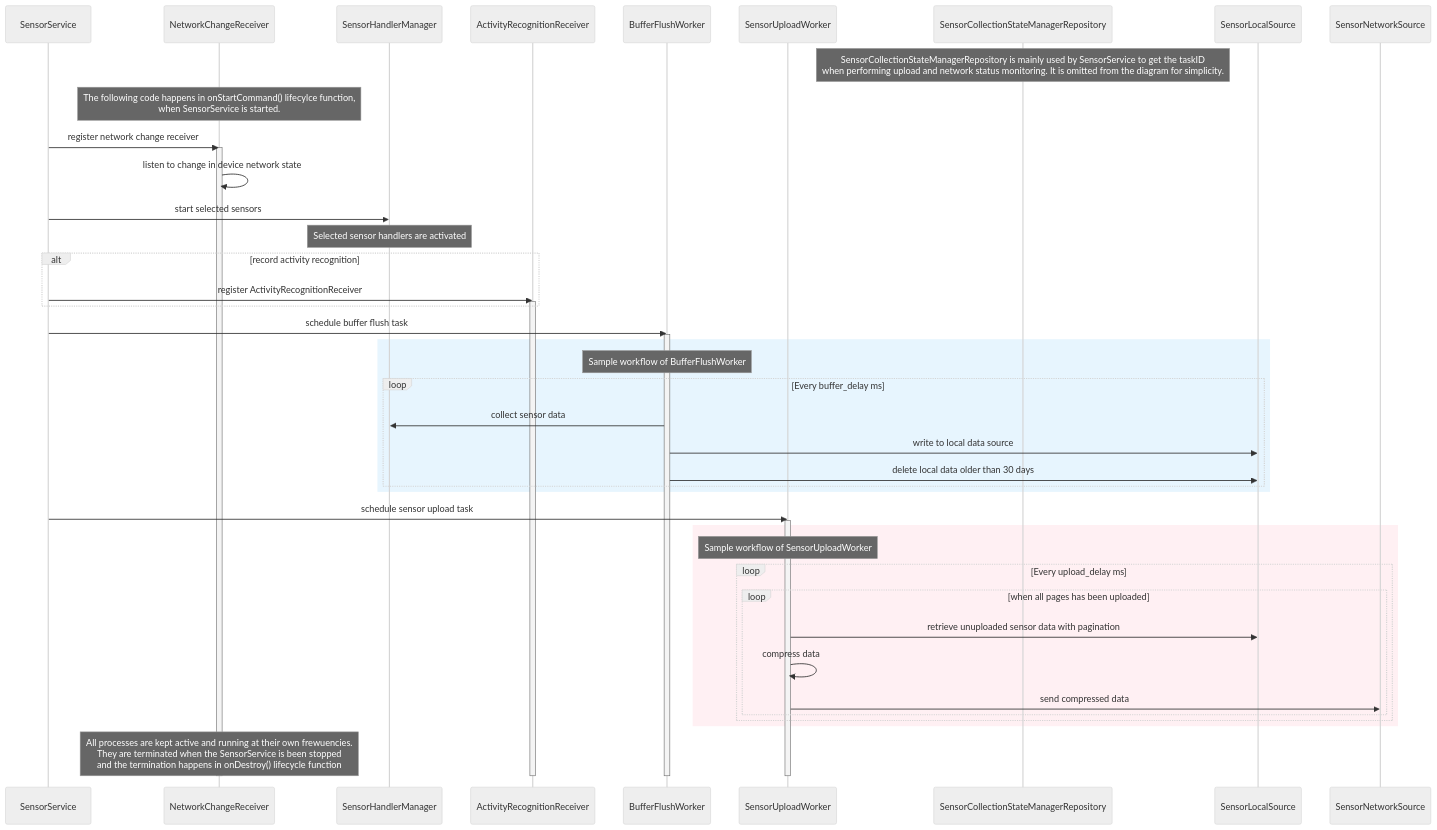
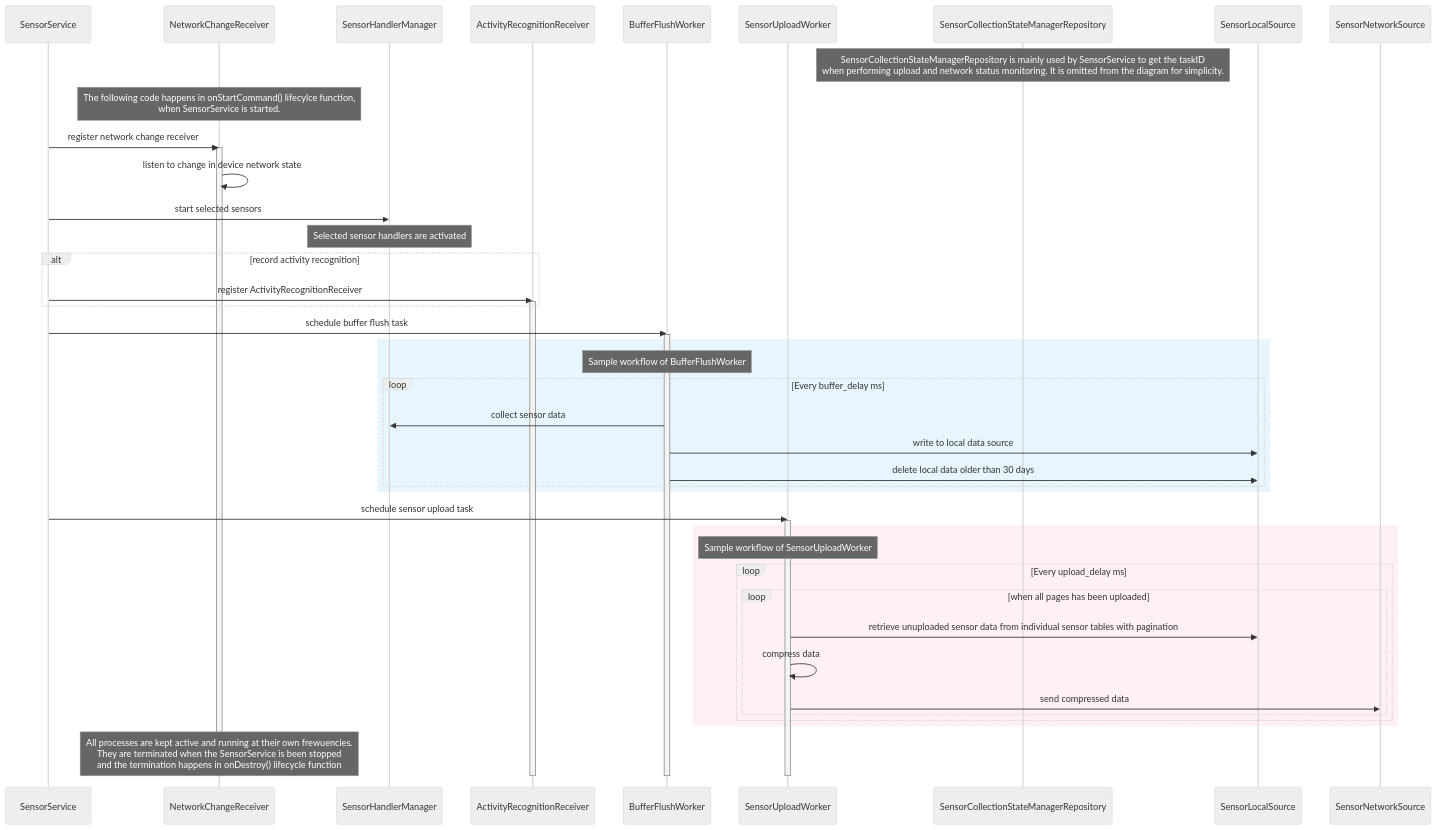
One commit to cambridge-cares/TheWorldAvatar changed the third of 5 diagrams in Apps/TimelineApp/core/sensor/README.md. Above: the diagram before and after it, drawn with Mermaid (neutral theme). The commit also changed other lines of this file, not shown here.

Commit message:
1530-update-timeline-app-documentation: add diagrams for unsent data logic

````diff
--- a/Apps/TimelineApp/core/sensor/README.md
+++ b/Apps/TimelineApp/core/sensor/README.md
@@ -207,59 +207,59 @@
 ```mermaid
 sequenceDiagram
     participant SensorService
     participant NetworkChangeReceiver
     participant SensorHandlerManager
     participant ActivityRecognitionReceiver
     participant BufferFlushWorker
     participant SensorUploadWorker
     participant SensorCollectionStateManagerRepository
     participant SensorLocalSource
     participant SensorNetworkSource
 
     note over SensorCollectionStateManagerRepository: SensorCollectionStateManagerRepository is mainly used by SensorService to get the taskID<br/> when performing upload and network status monitoring. It is omitted from the diagram for simplicity.
 
     note over NetworkChangeReceiver: The following code happens in onStartCommand() lifecylce function,<br/> when SensorService is started.
     SensorService ->> NetworkChangeReceiver: register network change receiver
     
     activate NetworkChangeReceiver
     NetworkChangeReceiver ->> NetworkChangeReceiver: listen to change in device network state
 
     SensorService ->> SensorHandlerManager : start selected sensors
     note over SensorHandlerManager: Selected sensor handlers are activated
 
     alt record activity recognition
     SensorService ->> ActivityRecognitionReceiver: register ActivityRecognitionReceiver
     activate ActivityRecognitionReceiver
     end
 
     SensorService ->> BufferFlushWorker: schedule buffer flush task
     activate BufferFlushWorker
     rect rgba(135,206,250,0.2) 
         note over BufferFlushWorker: Sample workflow of BufferFlushWorker
         loop Every buffer_delay ms
             BufferFlushWorker ->> SensorHandlerManager : collect sensor data
             BufferFlushWorker ->> SensorLocalSource: write to local data source 
             BufferFlushWorker ->> SensorLocalSource: delete local data older than 30 days
         end
     end
 
     SensorService ->> SensorUploadWorker: schedule sensor upload task
     activate SensorUploadWorker
     rect rgba(255,182,193,0.2)
         note over SensorUploadWorker: Sample workflow of SensorUploadWorker
         loop Every upload_delay ms
             loop when all pages has been uploaded
-                SensorUploadWorker ->> SensorLocalSource : retrieve unuploaded sensor data with pagination
+                SensorUploadWorker ->> SensorLocalSource : retrieve unuploaded sensor data from individual sensor tables with pagination
                 SensorUploadWorker ->> SensorUploadWorker: compress data 
                 SensorUploadWorker ->> SensorNetworkSource: send compressed data
             end
         end
     end
     
     note over NetworkChangeReceiver: All processes are kept active and running at their own frewuencies.<br/> They are terminated when the SensorService is been stopped<br/> and the termination happens in onDestroy() lifecycle function
     deactivate NetworkChangeReceiver
     deactivate ActivityRecognitionReceiver
     deactivate BufferFlushWorker
     deactivate SensorUploadWorker
 
 ```
````
